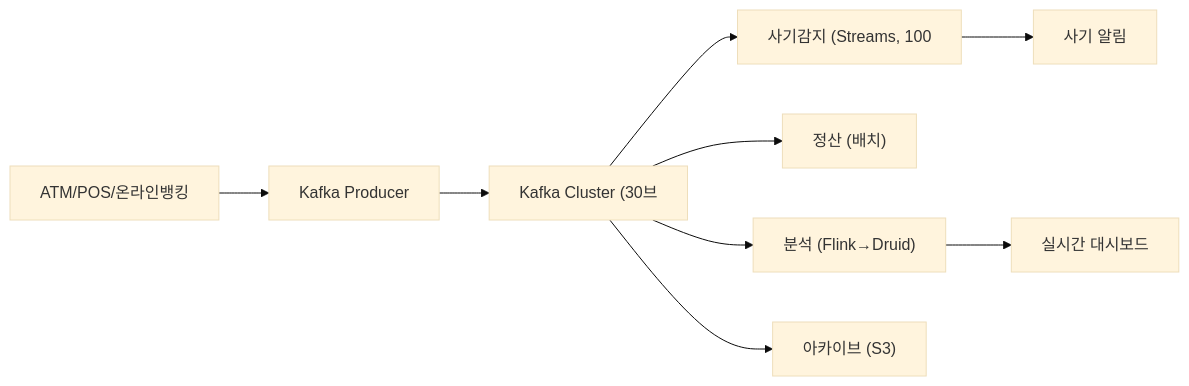
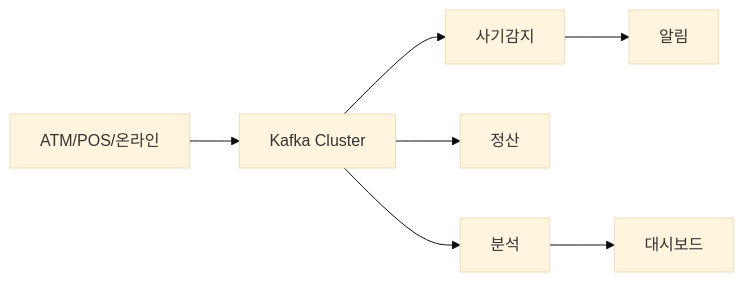
Before and after one commit to yjkim2015/yjkim2015.github.io: the tenth of 12 diagrams in _posts/kafka/2026-05-02-kafka-deep.md, drawn with Mermaid (base theme). The commit also changed other lines of this file and 163 other files, not shown here.

First line of the commit message:
Mermaid 300개 블록 내용 축소: 5노드 5엣지 이하, 의미 있는 약어

````diff
--- a/_posts/kafka/2026-05-02-kafka-deep.md
+++ b/_posts/kafka/2026-05-02-kafka-deep.md
@@ -572,11 +566,7 @@
 ```mermaid
 graph LR
-    SRC["ATM/POS/온라인뱅킹"] --> P["Kafka Producer"]
-    P --> KC["Kafka Cluster (30브"]
-    KC --> FD["사기감지 (Streams, 100"]
-    KC --> ST["정산 (배치)"]
-    KC --> AN["분석 (Flink→Druid)"]
-    KC --> AR["아카이브 (S3)"]
-    FD --> Alert["사기 알림"]
-    AN --> Dashboard["실시간 대시보드"]
+    SRC["ATM/POS/온라인"] --> KC["Kafka Cluster"]
+    KC --> FD["사기감지"] --> Alert["알림"]
+    KC --> ST["정산"]
+    KC --> AN["분석"] --> Dashboard["대시보드"]
 ```
````
